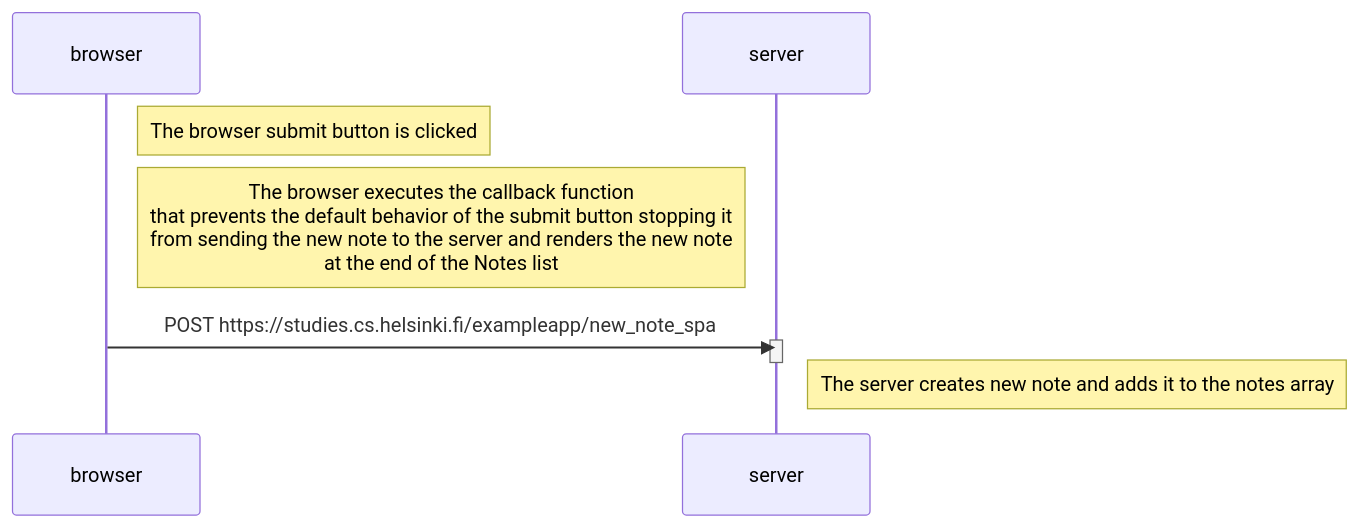
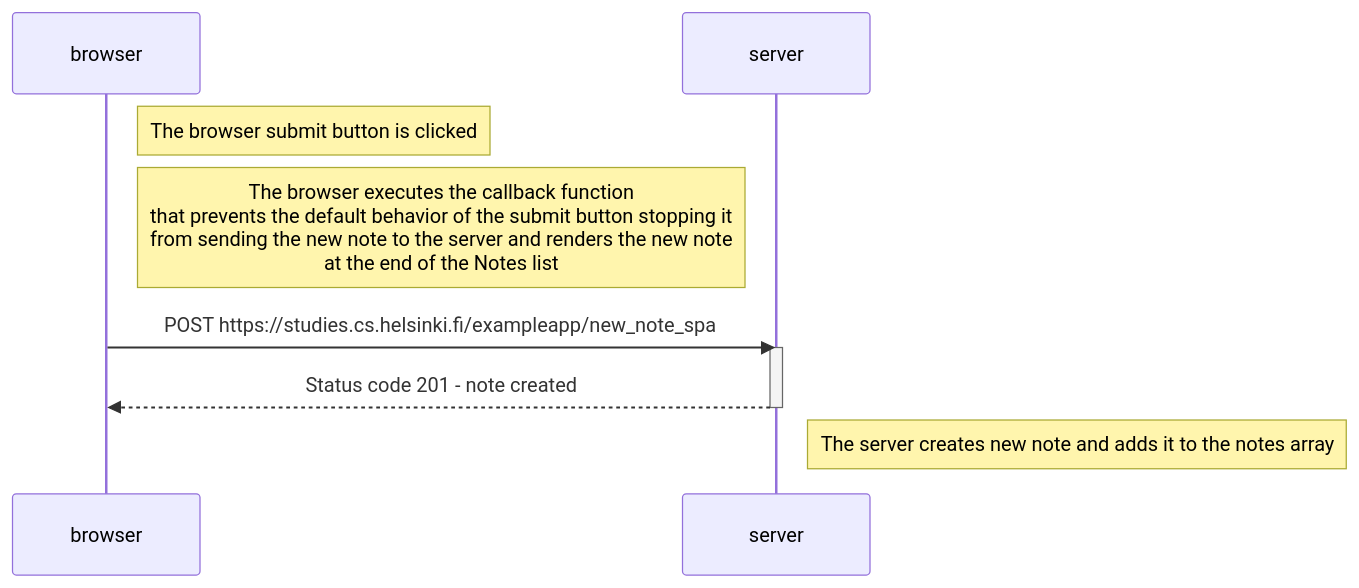
Before and after one commit to PillB/HelsinkiU_Fullstack: the diagram in part0/0.6 single page app new note diagram.md, drawn with Mermaid.

Commit message:
Updated 0.6 to add server response with 201

````diff
--- a/part0/0.6 single page app new note diagram.md
+++ b/part0/0.6 single page app new note diagram.md
@@ -3,16 +3,17 @@
 ```mermaid
 sequenceDiagram
     participant browser
     participant server
 
     Note right of browser: The browser submit button is clicked
 
     Note right of browser: The browser executes the callback function <br>that prevents the default behavior of the submit button stopping it <br> from sending the new note to the server and renders the new note <br>at the end of the Notes list
 
     
     browser->>server: POST https://studies.cs.helsinki.fi/exampleapp/new_note_spa
     activate server
+    server-->>browser: Status code 201 - note created
     deactivate server
 
     Note right of server: The server creates new note and adds it to the notes array
 ```
````
